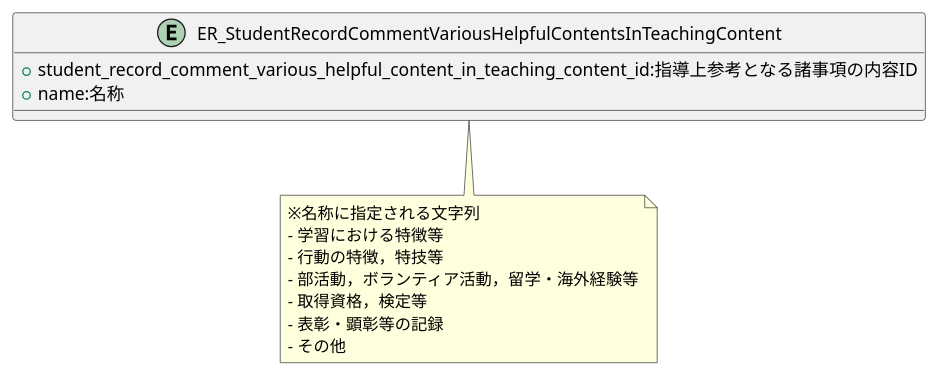
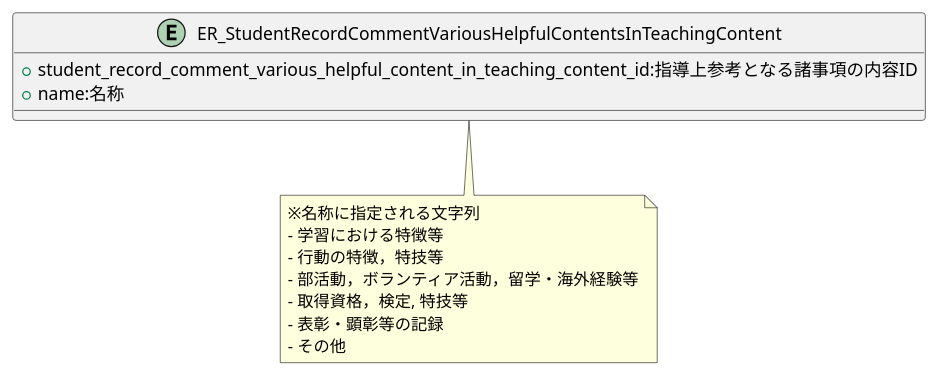
Before and after one commit to popoposorara/ERP_ER: the diagram in Entity/ER_StudentRecordCommentVariousHelpfulContentsInTeachingContent.pu, drawn with PlantUML. The commit also changed 6 other files, not shown here.

```diff
--- a/Entity/ER_StudentRecordCommentVariousHelpfulContentsInTeachingContent.pu
+++ b/Entity/ER_StudentRecordCommentVariousHelpfulContentsInTeachingContent.pu
@@ -1,18 +1,18 @@
 @startuml
 
 entity "ER_StudentRecordCommentVariousHelpfulContentsInTeachingContent"{
     + student_record_comment_various_helpful_content_in_teaching_content_id:指導上参考となる諸事項の内容ID
     + name:名称
 }
 
 note bottom
 ※名称に指定される文字列
 - 学習における特徴等
 - 行動の特徴，特技等
 - 部活動，ボランティア活動，留学・海外経験等
-- 取得資格，検定等
+- 取得資格，検定, 特技等
 - 表彰・顕彰等の記録
 - その他
 end note
 
 @enduml
```
